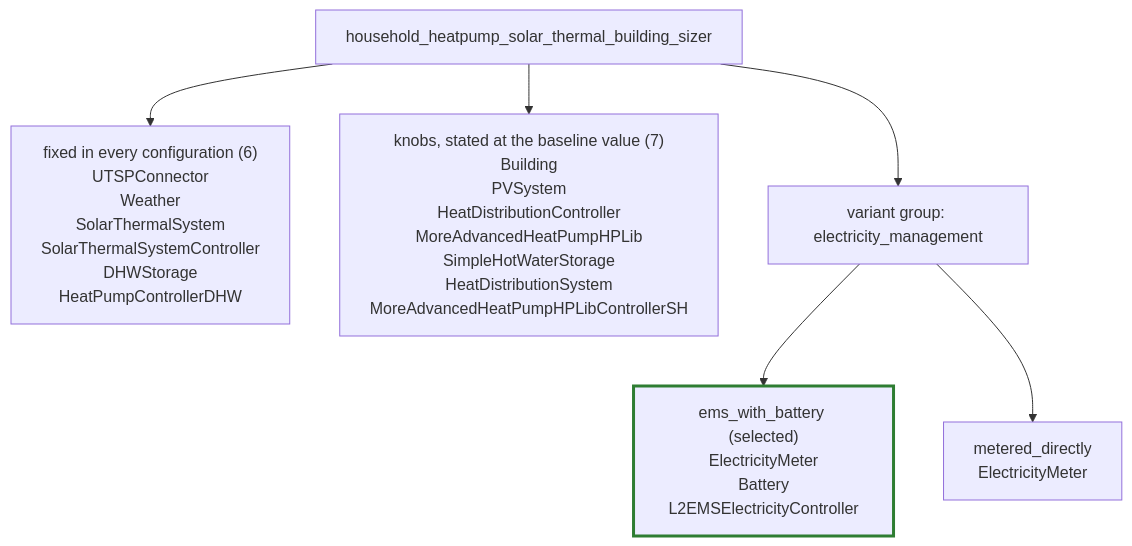
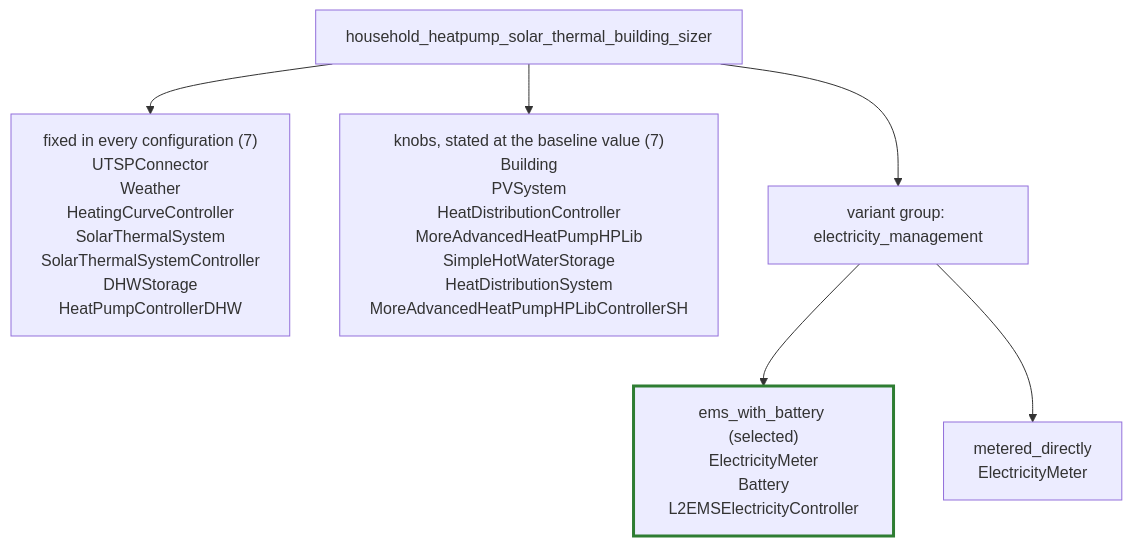
Before and after one commit to FZJ-IEK3-VSA/HiSim: the eighth of 22 diagrams in roadmap/declarative_energy_systems/grouping_overview.md, drawn with Mermaid. The commit also changed other lines of this file and 114 other files, not shown here.

````diff
--- a/roadmap/declarative_energy_systems/grouping_overview.md
+++ b/roadmap/declarative_energy_systems/grouping_overview.md
@@ -416,18 +416,18 @@
 ```mermaid
 flowchart TD
     setup["household_heatpump_solar_thermal_building_sizer"]
-    fixed["fixed in every configuration (6)<br/>UTSPConnector<br/>Weather<br/>SolarThermalSystem<br/>SolarThermalSystemController<br/>DHWStorage<br/>HeatPumpControllerDHW"]
+    fixed["fixed in every configuration (7)<br/>UTSPConnector<br/>Weather<br/>HeatingCurveController<br/>SolarThermalSystem<br/>SolarThermalSystemController<br/>DHWStorage<br/>HeatPumpControllerDHW"]
     knobs["knobs, stated at the baseline value (7)<br/>Building<br/>PVSystem<br/>HeatDistributionController<br/>MoreAdvancedHeatPumpHPLib<br/>SimpleHotWaterStorage<br/>HeatDistributionSystem<br/>MoreAdvancedHeatPumpHPLibControllerSH"]
     group1["variant group: electricity_management"]
     optA["ems_with_battery (selected)<br/>ElectricityMeter<br/>Battery<br/>L2EMSElectricityController"]
     optB["metered_directly<br/>ElectricityMeter"]
 
     setup --> fixed
     setup --> knobs
     setup --> group1
     group1 --> optA
     group1 --> optB
 
     classDef selected stroke:#2e7d32,stroke-width:3px;
     class optA selected;
 ```
````
